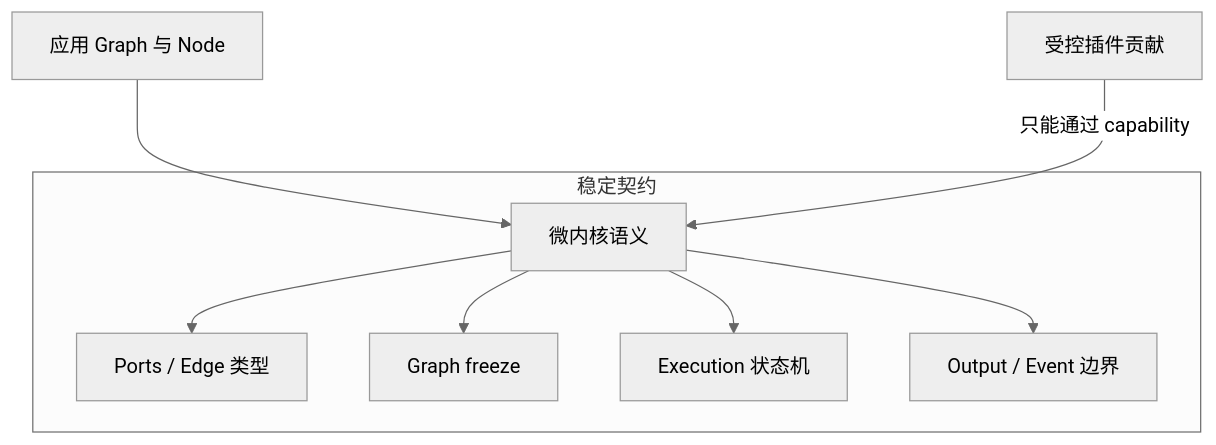
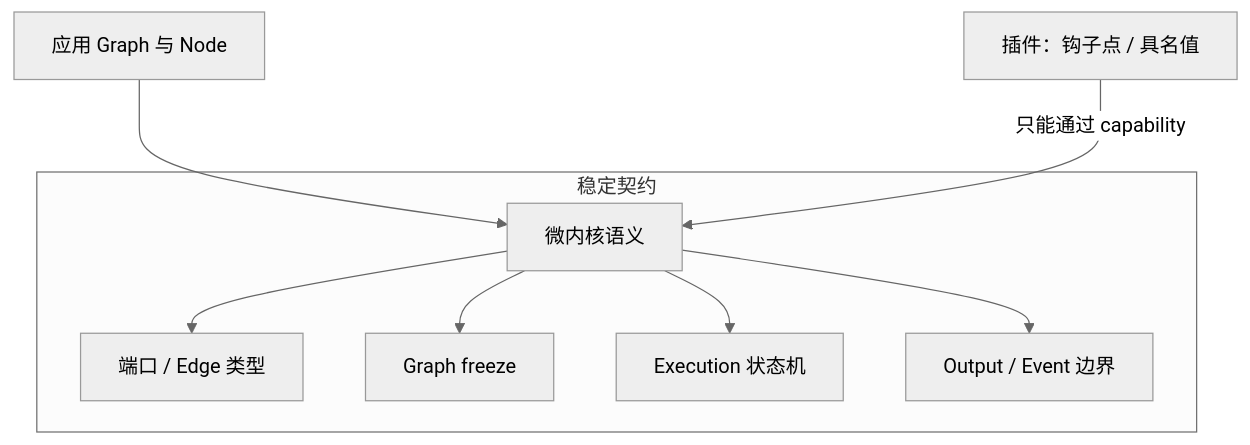
Before and after one commit to KKKKKKKEM/interlace: the second of 2 diagrams in docs/01-design-philosophy.md, drawn with Mermaid (neutral theme). The commit also changed other lines of this file and 78 other files, not shown here.

````diff
--- a/docs/01-design-philosophy.md
+++ b/docs/01-design-philosophy.md
@@ -86,16 +92,16 @@
 ```mermaid
 flowchart TB
     App[应用 Graph 与 Node]
-    Contributions[受控插件贡献]
+    Contributions[插件：钩子点 / 具名值]
     Kernel[微内核语义]
 
     App --> Kernel
     Contributions -->|只能通过 capability| Kernel
 
     subgraph Fixed[稳定契约]
-        Kernel --> Types[Ports / Edge 类型]
+        Kernel --> Types[端口 / Edge 类型]
         Kernel --> Freeze[Graph freeze]
         Kernel --> Exec[Execution 状态机]
         Kernel --> Boundary[Output / Event 边界]
     end
 ```
````
